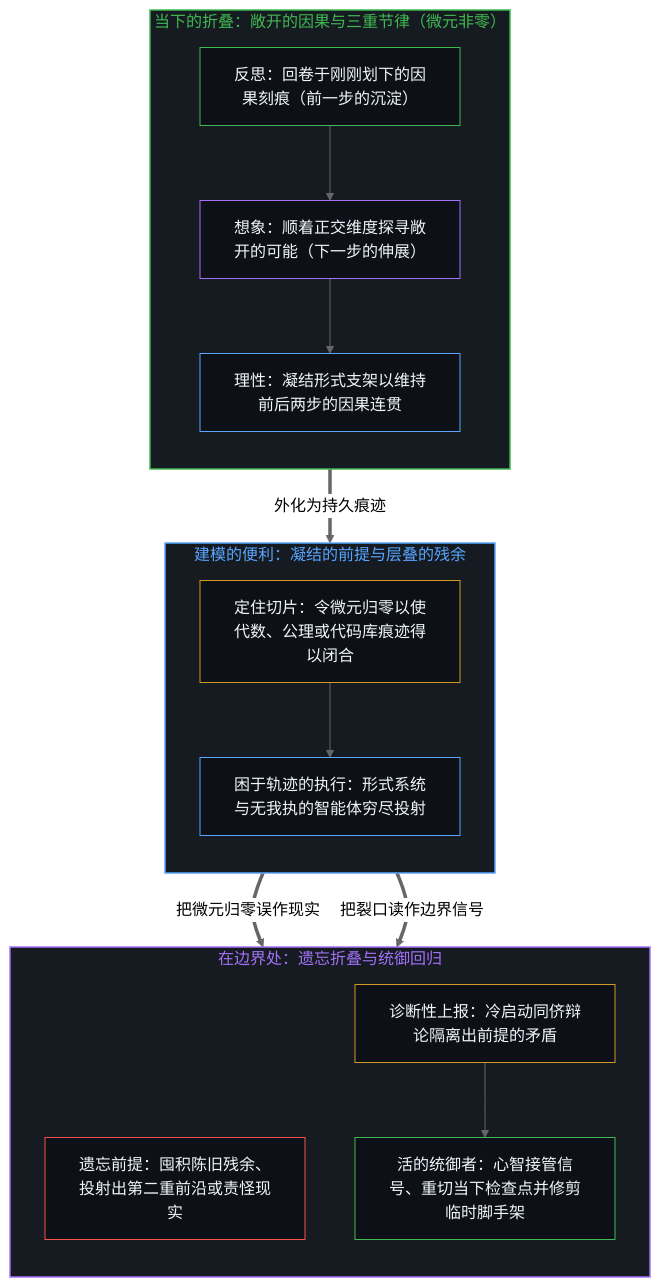
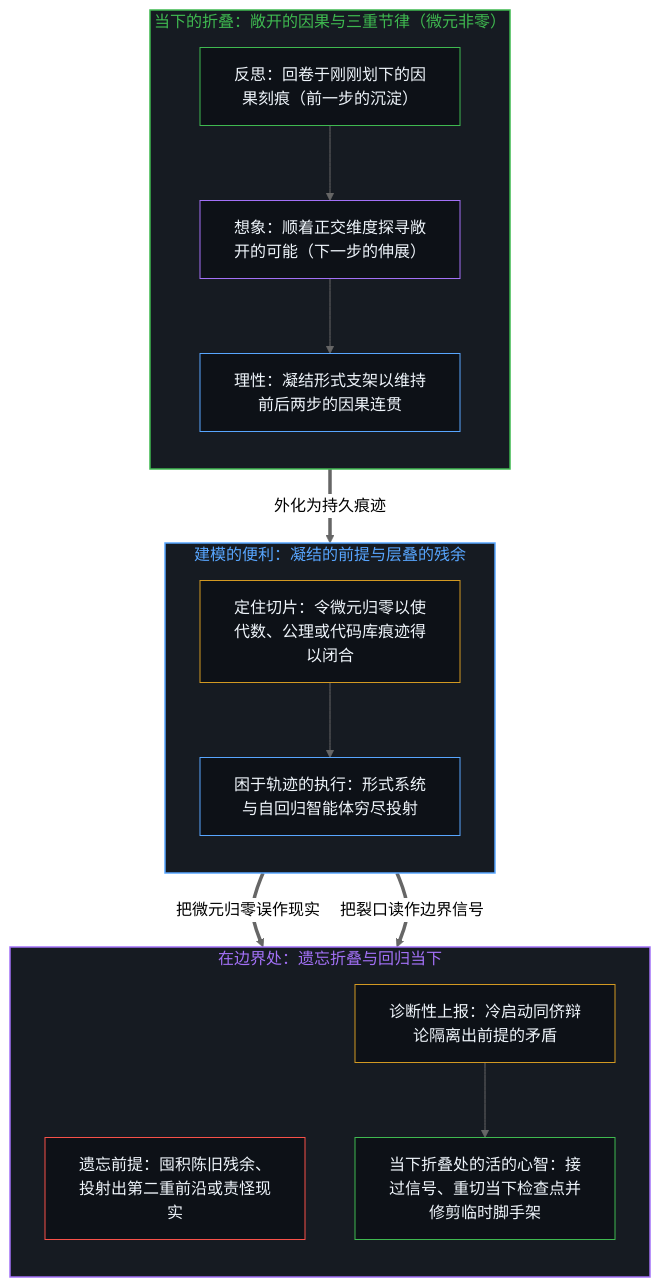
One commit to powerpig99/not-a-toe changed the first of 2 diagrams in content/posts/the-continuum-is-a-modeling-convenience.md. Above: the diagram before and after it, drawn with Mermaid (neutral theme). The commit also changed other lines of this file and 5 other files, not shown here.

````diff
--- a/content/posts/the-continuum-is-a-modeling-convenience.md
+++ b/content/posts/the-continuum-is-a-modeling-convenience.md
@@ -101,37 +101,37 @@
 ```mermaid
 flowchart TD
     subgraph S_Fold["当下的折叠：敞开的因果与三重节律（微元非零）"]
         direction TB
         Reflect["反思：回卷于刚刚划下的因果刻痕（前一步的沉淀）"]
         Imagine["想象：顺着正交维度探寻敞开的可能（下一步的伸展）"]
         Reason["理性：凝结形式支架以维持前后两步的因果连贯"]
         Reflect --> Imagine --> Reason
     end
     subgraph S_Proj["建模的便利：凝结的前提与层叠的残余"]
         direction TB
         Given["定住切片：令微元归零以使代数、公理或代码库痕迹得以闭合"]
-        Agent["困于轨迹的执行：形式系统与无我执的智能体穷尽投射"]
+        Agent["困于轨迹的执行：形式系统与自回归智能体穷尽投射"]
         Given --> Agent
     end
-    subgraph S_Split["在边界处：遗忘折叠与统御回归"]
+    subgraph S_Split["在边界处：遗忘折叠与回归当下"]
         direction TB
         Forget["遗忘前提：囤积陈旧残余、投射出第二重前沿或责怪现实"]
         Deadlock["诊断性上报：冷启动同侪辩论隔离出前提的矛盾"]
-        Steer["活的统御者：心智接管信号、重切当下检查点并修剪临时脚手架"]
+        Steer["当下折叠处的活的心智：接过信号、重切当下检查点并修剪临时脚手架"]
         Deadlock --> Steer
     end
     Reason ==>|"外化为持久痕迹"| Given
     Agent ==>|"把微元归零误作现实"| Forget
     Agent ==>|"把裂口读作边界信号"| Deadlock
     style S_Fold fill:#161b22,stroke:#3fb950,stroke-width:1.5px,color:#3fb950
     style S_Proj fill:#161b22,stroke:#58a6ff,stroke-width:1.5px,color:#58a6ff
     style S_Split fill:#161b22,stroke:#a371f7,stroke-width:1.5px,color:#a371f7
     style Reflect fill:#0d1117,stroke:#3fb950,stroke-width:1px,color:#f0f6fc
     style Imagine fill:#0d1117,stroke:#a371f7,stroke-width:1px,color:#f0f6fc
     style Reason fill:#0d1117,stroke:#58a6ff,stroke-width:1px,color:#f0f6fc
     style Given fill:#0d1117,stroke:#d29922,stroke-width:1px,color:#f0f6fc
     style Agent fill:#0d1117,stroke:#58a6ff,stroke-width:1px,color:#f0f6fc
     style Forget fill:#0d1117,stroke:#f85149,stroke-width:1px,color:#f0f6fc
     style Deadlock fill:#0d1117,stroke:#d29922,stroke-width:1px,color:#f0f6fc
     style Steer fill:#0d1117,stroke:#3fb950,stroke-width:1px,color:#f0f6fc
 ```
````
